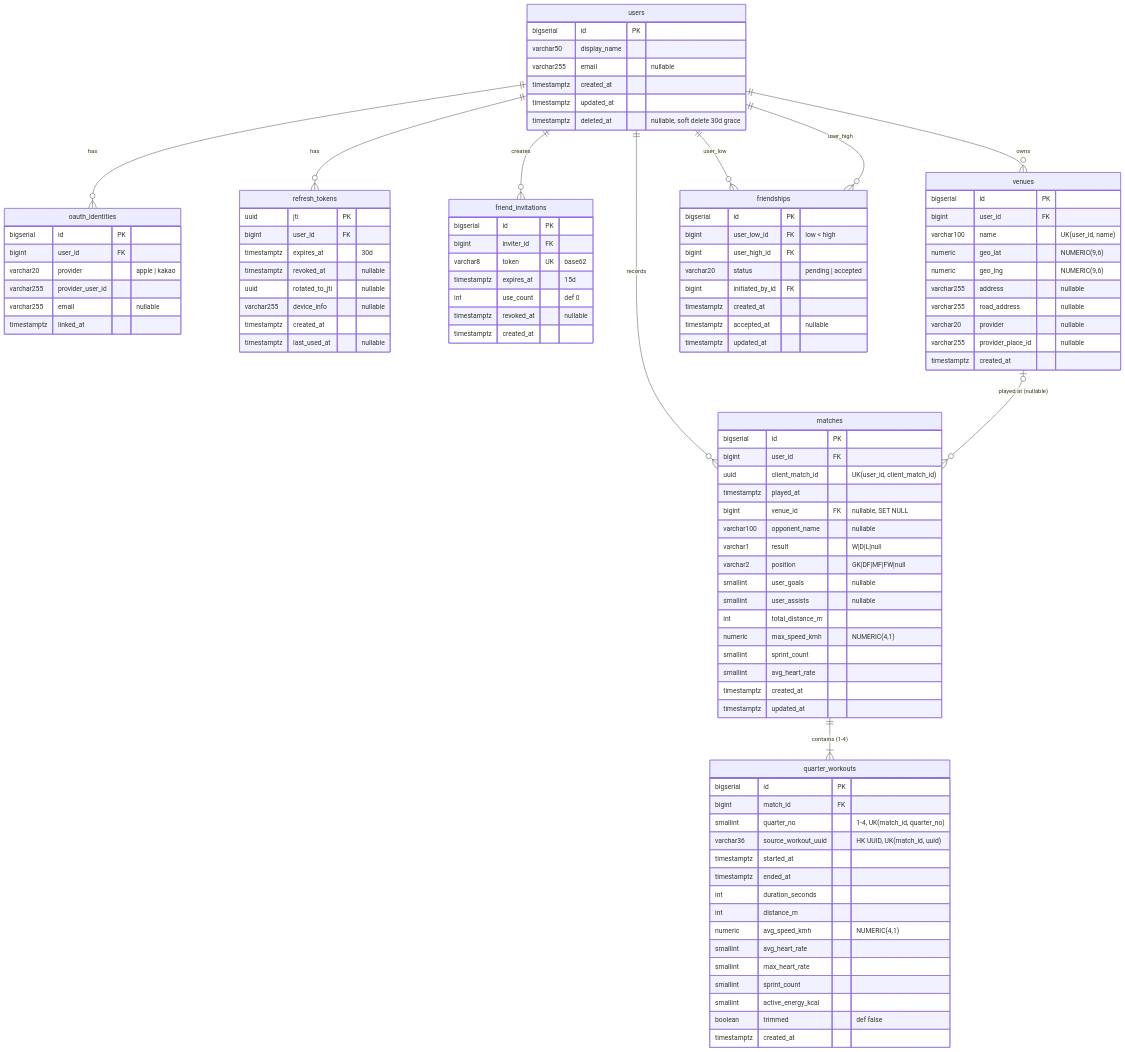
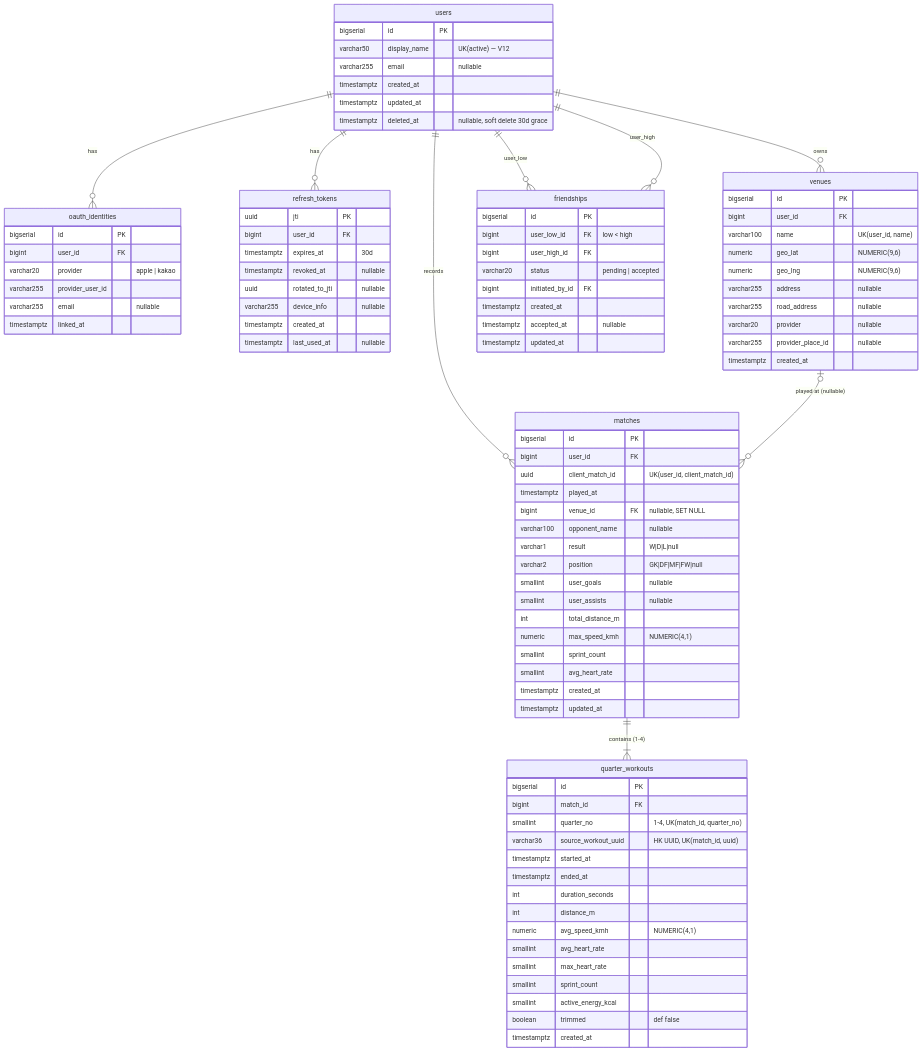
The first of 5 diagrams in docs/spec/diagram.md (opixxx/kicklog), drawn with Mermaid before and after one commit. The commit also changed other lines of this file and 48 other files, not shown here.

First line of the commit message:
feat(p1-display-name-unique): 닉네임 unique + 중복 확인 API + 초대 링크 폐기

```diff
--- a/docs/spec/diagram.md
+++ b/docs/spec/diagram.md
@@ -16,7 +16,6 @@
 erDiagram
     users ||--o{ oauth_identities   : "has"
     users ||--o{ refresh_tokens      : "has"
-    users ||--o{ friend_invitations  : "creates"
     users ||--o{ venues              : "owns"
     users ||--o{ matches             : "records"
     users ||--o{ friendships         : "user_low"
@@ -26,7 +25,7 @@
 
     users {
         bigserial   id PK
-        varchar50   display_name
+        varchar50   display_name "UK(active) — V12"
         varchar255  email "nullable"
         timestamptz created_at
         timestamptz updated_at
@@ -62,16 +61,6 @@
         timestamptz created_at
         timestamptz accepted_at "nullable"
         timestamptz updated_at
-    }
-
-    friend_invitations {
-        bigserial   id PK
-        bigint      inviter_id FK
-        varchar8    token UK "base62"
-        timestamptz expires_at "15d"
-        int         use_count "def 0"
-        timestamptz revoked_at "nullable"
-        timestamptz created_at
     }
 
     venues {
```
